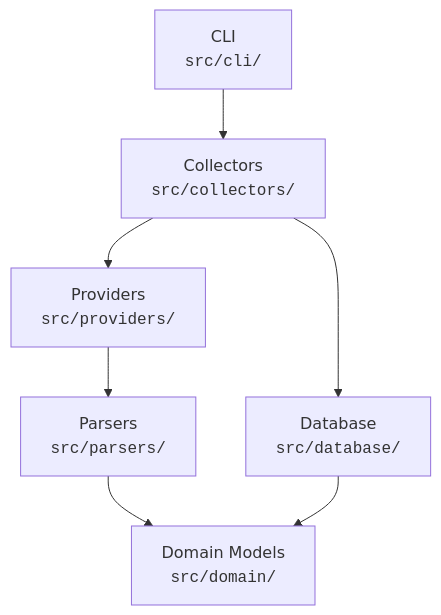
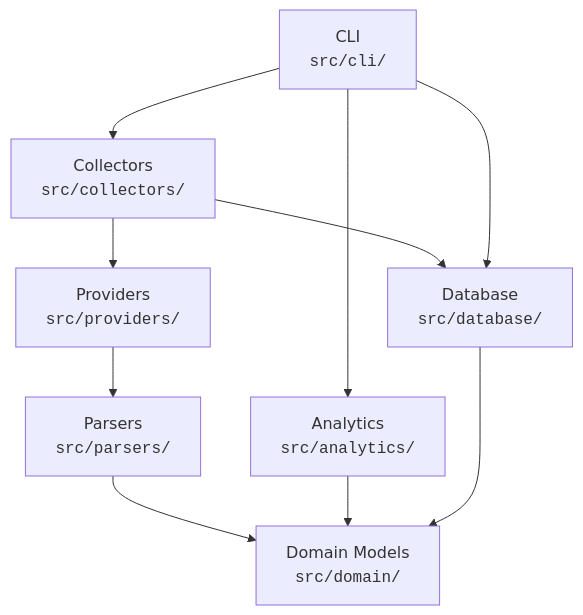
The diagram in docs/ARCHITECTURE.md (eduardodidio/TCG-market-intelligence), drawn with Mermaid before and after one commit. The commit also changed other lines of this file and 31 other files, not shown here.

````diff
--- a/docs/ARCHITECTURE.md
+++ b/docs/ARCHITECTURE.md
@@ -15,16 +15,20 @@
 ```mermaid
 graph TD
     CLI["CLI<br/><code>src/cli/</code>"]
     COLL["Collectors<br/><code>src/collectors/</code>"]
     PROV["Providers<br/><code>src/providers/</code>"]
     PARS["Parsers<br/><code>src/parsers/</code>"]
+    ANA["Analytics<br/><code>src/analytics/</code>"]
     DOM["Domain Models<br/><code>src/domain/</code>"]
     DB["Database<br/><code>src/database/</code>"]
 
     CLI --> COLL
+    CLI --> ANA
     COLL --> PROV
     PROV --> PARS
     PARS --> DOM
+    ANA --> DOM
     COLL --> DB
     DB --> DOM
+    CLI --> DB
 ```
````
